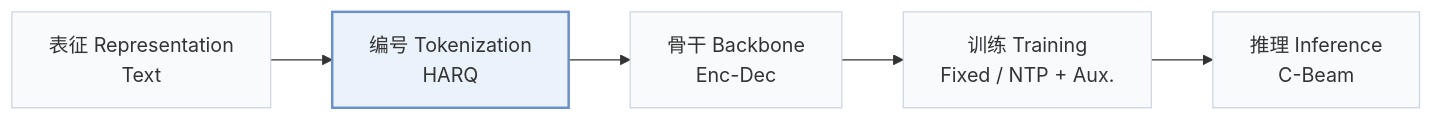
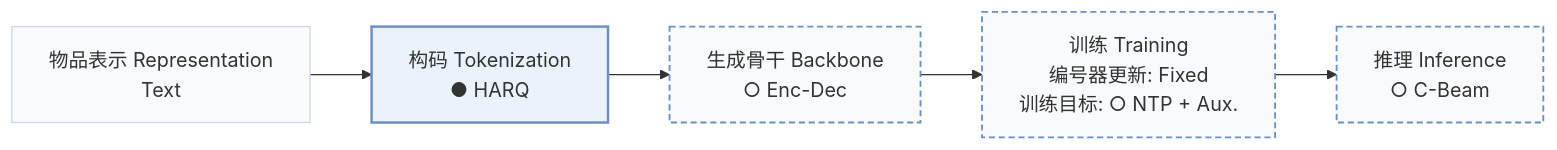
Before and after one commit to Galaxy-ghost/Awesome-SID-Generative-Rec: the first of 2 diagrams in pages/zh/papers/varlenrec-tiger.md, drawn with Mermaid. The commit also changed other lines of this file and 558 other files, not shown here.

````diff
--- a/pages/zh/papers/varlenrec-tiger.md
+++ b/pages/zh/papers/varlenrec-tiger.md
@@ -15,8 +18,10 @@
 ```mermaid
 flowchart LR
-    R["表征 Representation<br/>Text"] --> T["编号 Tokenization<br/>HARQ"] --> B["骨干 Backbone<br/>Enc-Dec"] --> TR["训练 Training<br/>Fixed / NTP + Aux."] --> I["推理 Inference<br/>C-Beam"]
+    R["物品表示 Representation<br/>Text"] --> T["构码 Tokenization<br/>● HARQ"] --> B["生成骨干 Backbone<br/>○ Enc-Dec"] --> TR["训练 Training<br/>编号器更新: Fixed<br/>训练目标: ○ NTP + Aux."] --> I["推理 Inference<br/>○ C-Beam"]
     classDef base fill:#f8fafc,stroke:#cbd5e1
     class R,T,B,TR,I base
+    classDef other fill:#f8fafc,stroke:#6b8fc7,stroke-width:1.5px,stroke-dasharray:5 3
+    class B,TR,I other
     classDef main fill:#eaf2fb,stroke:#6b8fc7,stroke-width:2px
     class T main
 ```
````
